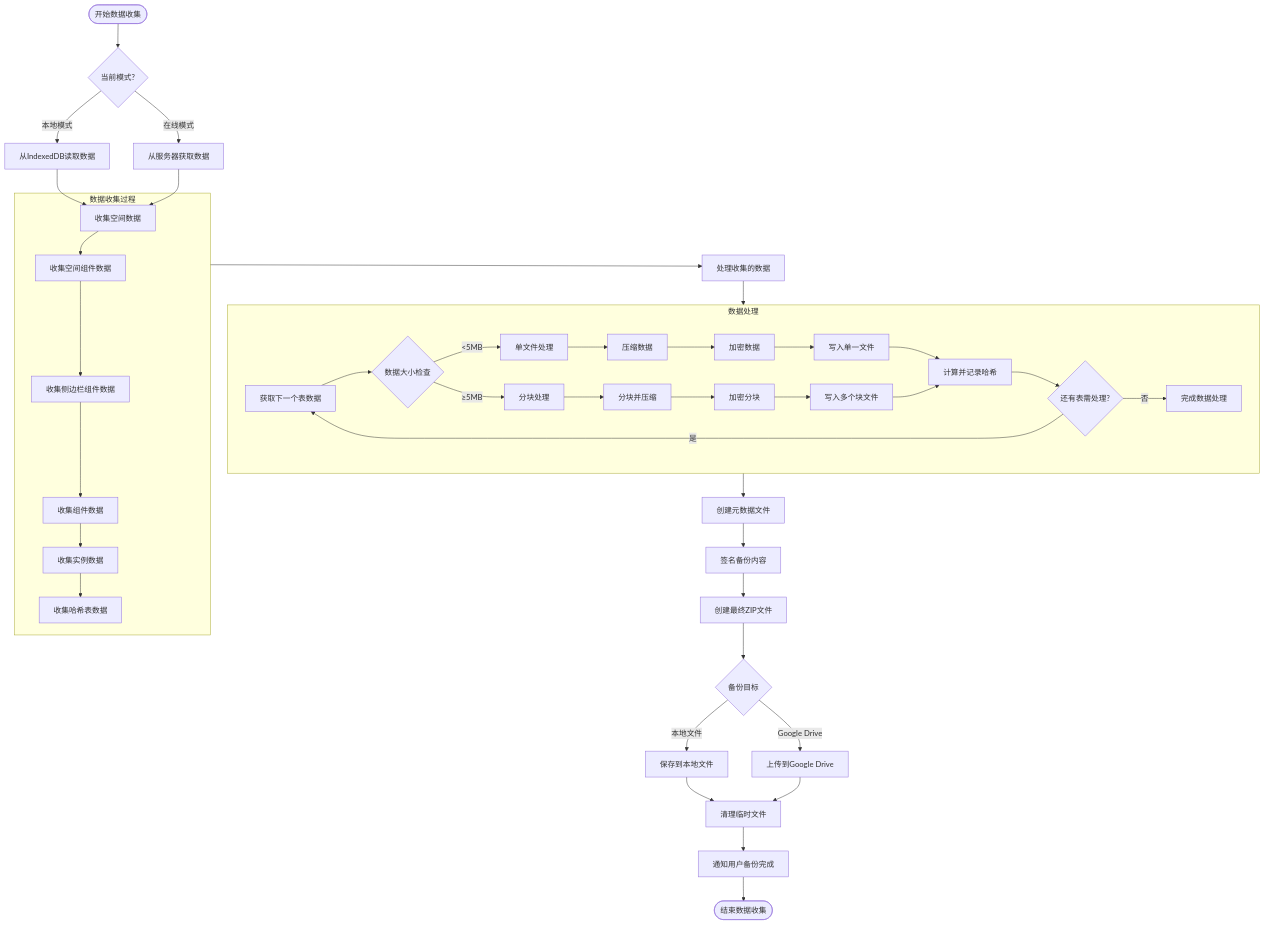
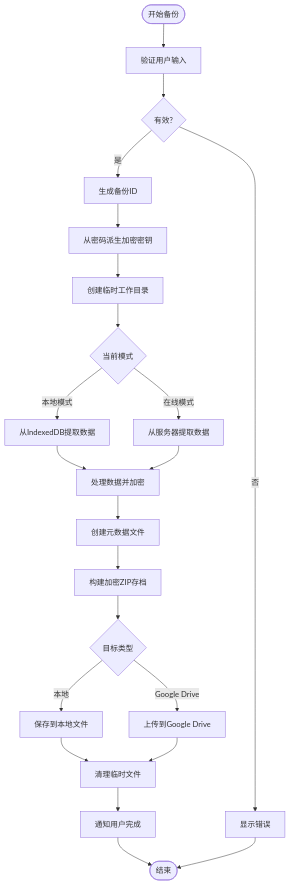
One commit to yingjianzh/iodraw-files changed the diagram in all/未命名-52.md. Above: the diagram before and after it, drawn with Mermaid.

Commit message:
2025-05-09 14:12:04 update

````diff
--- a/all/未命名-52.md
+++ b/all/未命名-52.md
@@ -1,58 +1,32 @@
 ```mermaid
 flowchart TD
-    Start([开始数据收集]) --> CheckMode{当前模式?}
+    Start([开始备份]) --> ValidateInput[验证用户输入]
+    ValidateInput --> InputValid{有效?}
+    InputValid -->|否| ShowError[显示错误]
+    InputValid -->|是| GenerateBackupID[生成备份ID]
     
-    CheckMode -->|本地模式| ReadFromIndexedDB[从IndexedDB读取数据]
-    CheckMode -->|在线模式| FetchFromServer[从服务器获取数据]
+    GenerateBackupID --> DeriveKey[从密码派生加密密钥]
+    DeriveKey --> CreateTemp[创建临时工作目录]
     
-    ReadFromIndexedDB --> CollectCanvas[收集空间数据]
-    FetchFromServer --> CollectCanvas
+    CreateTemp --> CheckMode{当前模式}
+    CheckMode -->|本地模式| ExtractFromIndexedDB[从IndexedDB提取数据]
+    CheckMode -->|在线模式| ExtractFromServer[从服务器提取数据]
     
-    subgraph DataCollection [数据收集过程]
-        CollectCanvas[收集空间数据] --> CollectCanvasComp[收集空间组件数据]
-        CollectCanvasComp --> CollectSidebarComp[收集侧边栏组件数据]
-        CollectSidebarComp --> CollectCompData[收集组件数据]
-        CollectCompData --> CollectInstanceData[收集实例数据]
-        CollectInstanceData --> CollectHashTables[收集哈希表数据]
-    end
+    ExtractFromIndexedDB --> ProcessData[处理数据并加密]
+    ExtractFromServer --> ProcessData
     
-    DataCollection --> ProcessCollectedData[处理收集的数据]
+    ProcessData --> CreateMetadata[创建元数据文件]
+    CreateMetadata --> BuildArchive[构建加密ZIP存档]
     
-    subgraph DataProcessing [数据处理]
-        A[获取下一个表数据] --> B{数据大小检查}
-        B -->|<5MB| C1[单文件处理]
-        B -->|≥5MB| C2[分块处理]
-        
-        C1 --> D1[压缩数据]
-        C2 --> D2[分块并压缩]
-        
-        D1 --> E1[加密数据]
-        D2 --> E2[加密分块]
-        
-        E1 --> F1[写入单一文件]
-        E2 --> F2[写入多个块文件]
-        
-        F1 --> G[计算并记录哈希]
-        F2 --> G
-        
-        G --> H{还有表需处理?}
-        H -->|是| A
-        H -->|否| I[完成数据处理]
-    end
-    
-    ProcessCollectedData --> DataProcessing
-    
-    DataProcessing --> CreateMetadataFile[创建元数据文件]
-    CreateMetadataFile --> SignBackupContent[签名备份内容]
-    SignBackupContent --> CreateFinalZip[创建最终ZIP文件]
-    
-    CreateFinalZip --> DestinationType{备份目标}
-    DestinationType -->|本地文件| SaveToLocalFile[保存到本地文件]
+    BuildArchive --> DestinationType{目标类型}
+    DestinationType -->|本地| SaveToLocal[保存到本地文件]
     DestinationType -->|Google Drive| UploadToGDrive[上传到Google Drive]
     
-    SaveToLocalFile --> CleanupTemp[清理临时文件]
+    SaveToLocal --> CleanupTemp[清理临时文件]
     UploadToGDrive --> CleanupTemp
     
-    CleanupTemp --> NotifyUser[通知用户备份完成]
-    NotifyUser --> End([结束数据收集])
+    CleanupTemp --> NotifyUser[通知用户完成]
+    NotifyUser --> End([结束])
+    
+    ShowError --> End
 ```
````
